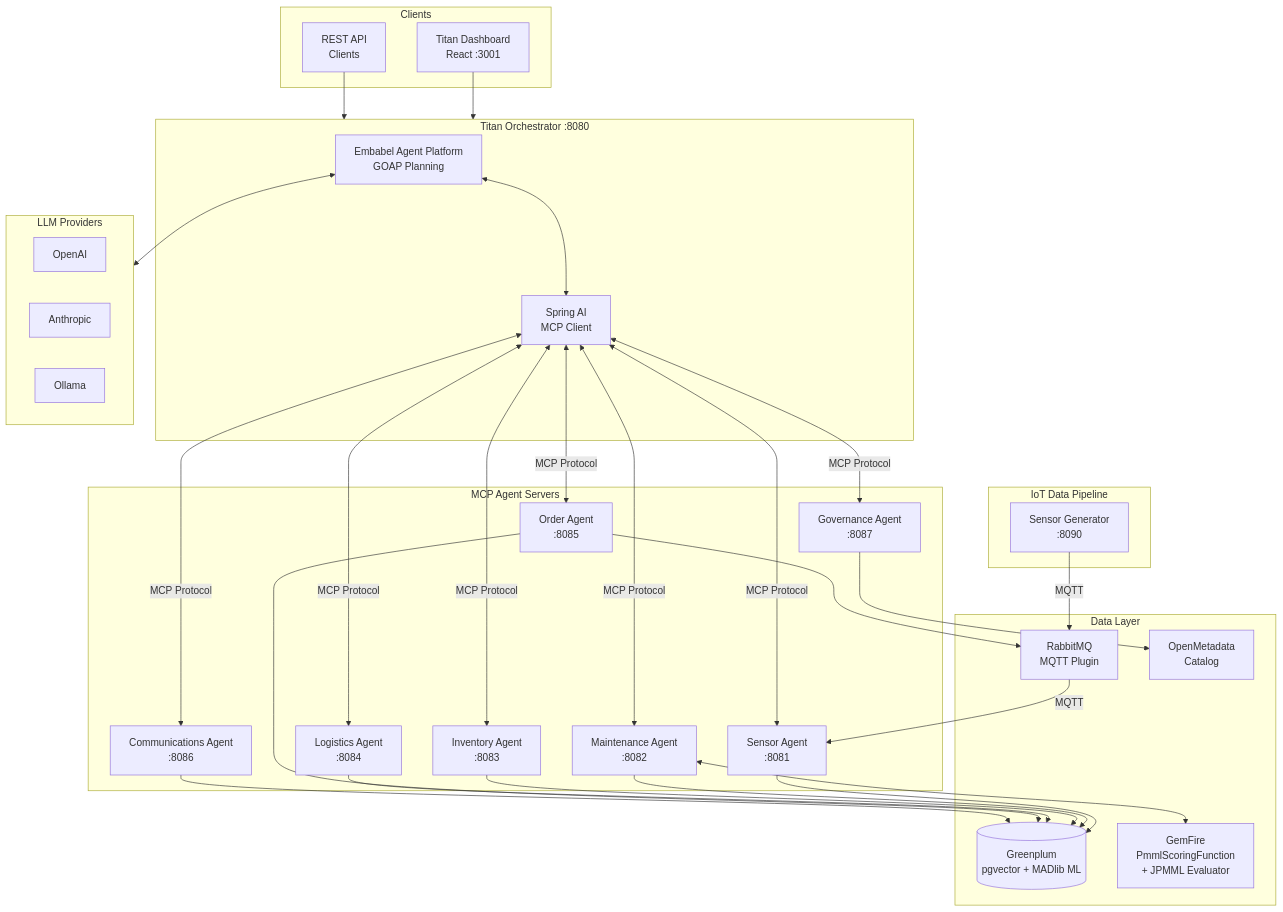
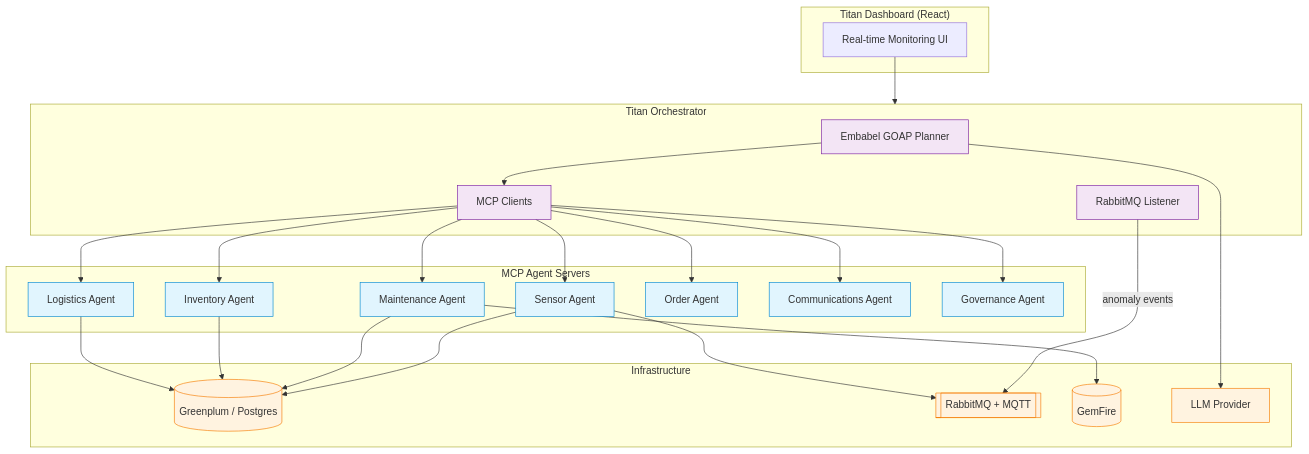
The diagram in README.md (dbbaskette/titan-manufacturing), drawn with Mermaid before and after one commit. The commit also changed other lines of this file, not shown here.

First line of the commit message:
Rewrite README: architecture diagram, Docker + CF deployment guides, agent reference

````diff
--- a/README.md
+++ b/README.md
@@ -67,64 +33,48 @@
 ```mermaid
 flowchart TB
-    subgraph Clients
-        UI[Titan Dashboard<br/>React :3001]
-        API[REST API<br/>Clients]
+    subgraph Dashboard["Titan Dashboard (React)"]
+        UI[Real-time Monitoring UI]
     end
 
-    subgraph Orchestrator["Titan Orchestrator :8080"]
-        EMB[Embabel Agent Platform<br/>GOAP Planning]
-        MCP_C[Spring AI<br/>MCP Client]
+    subgraph Orchestrator["Titan Orchestrator"]
+        EP[Embabel GOAP Planner]
+        MCP_C[MCP Clients]
+        RL[RabbitMQ Listener]
     end
 
-    subgraph MCP_Agents["MCP Agent Servers"]
-        SENS[Sensor Agent<br/>:8081]
-        MAINT[Maintenance Agent<br/>:8082]
-        INV[Inventory Agent<br/>:8083]
-        LOG[Logistics Agent<br/>:8084]
-        ORD[Order Agent<br/>:8085]
-        COMM[Communications Agent<br/>:8086]
-        GOV[Governance Agent<br/>:8087]
+    subgraph Agents["MCP Agent Servers"]
+        SA[Sensor Agent]
+        MA[Maintenance Agent]
+        IA[Inventory Agent]
+        LA[Logistics Agent]
+        OA[Order Agent]
+        CA[Communications Agent]
+        GA[Governance Agent]
     end
 
-    subgraph IoT["IoT Data Pipeline"]
-        GEN[Sensor Generator<br/>:8090]
-    end
-
-    subgraph Data["Data Layer"]
-        GP[(Greenplum<br/>pgvector + MADlib ML)]
-        RMQ[RabbitMQ<br/>MQTT Plugin]
-        GF[GemFire<br/>PmmlScoringFunction<br/>+ JPMML Evaluator]
-        OM[OpenMetadata<br/>Catalog]
-    end
-
-    subgraph LLM["LLM Providers"]
-        OAI[OpenAI]
-        ANT[Anthropic]
-        OLL[Ollama]
+    subgraph Infra["Infrastructure"]
+        GP[(Greenplum / Postgres)]
+        RMQ[[RabbitMQ + MQTT]]
+        GF[(GemFire)]
+        LLM[LLM Provider]
     end
 
     UI --> Orchestrator
-    API --> Orchestrator
-    EMB <--> MCP_C
-    MCP_C <-->|MCP Protocol| SENS
-    MCP_C <-->|MCP Protocol| MAINT
-    MCP_C <-->|MCP Protocol| INV
-    MCP_C <-->|MCP Protocol| LOG
-    MCP_C <-->|MCP Protocol| ORD
-    MCP_C <-->|MCP Protocol| COMM
-    MCP_C <-->|MCP Protocol| GOV
+    RL --> |anomaly events| RMQ
+    EP --> MCP_C
+    MCP_C --> SA & MA & IA & LA & OA & CA & GA
 
-    GEN -->|MQTT| RMQ
-    RMQ -->|MQTT| SENS
-    SENS --> GP
-    MAINT --> GP
-    MAINT <--> GF
-    INV --> GP
-    LOG --> GP
-    ORD --> GP
-    ORD --> RMQ
-    COMM --> GP
-    GOV --> OM
+    SA --> GP & RMQ
+    MA --> GP & GF
+    IA --> GP
+    LA --> GP
+    EP --> LLM
 
-    EMB <--> LLM
+    classDef agent fill:#e1f5fe,stroke:#0288d1
+    classDef infra fill:#fff3e0,stroke:#f57c00
+    classDef orch fill:#f3e5f5,stroke:#7b1fa2
+
+    class SA,MA,IA,LA,OA,CA,GA agent
+    class GP,RMQ,GF,LLM infra
+    class EP,MCP_C,RL orch
 ```
````
